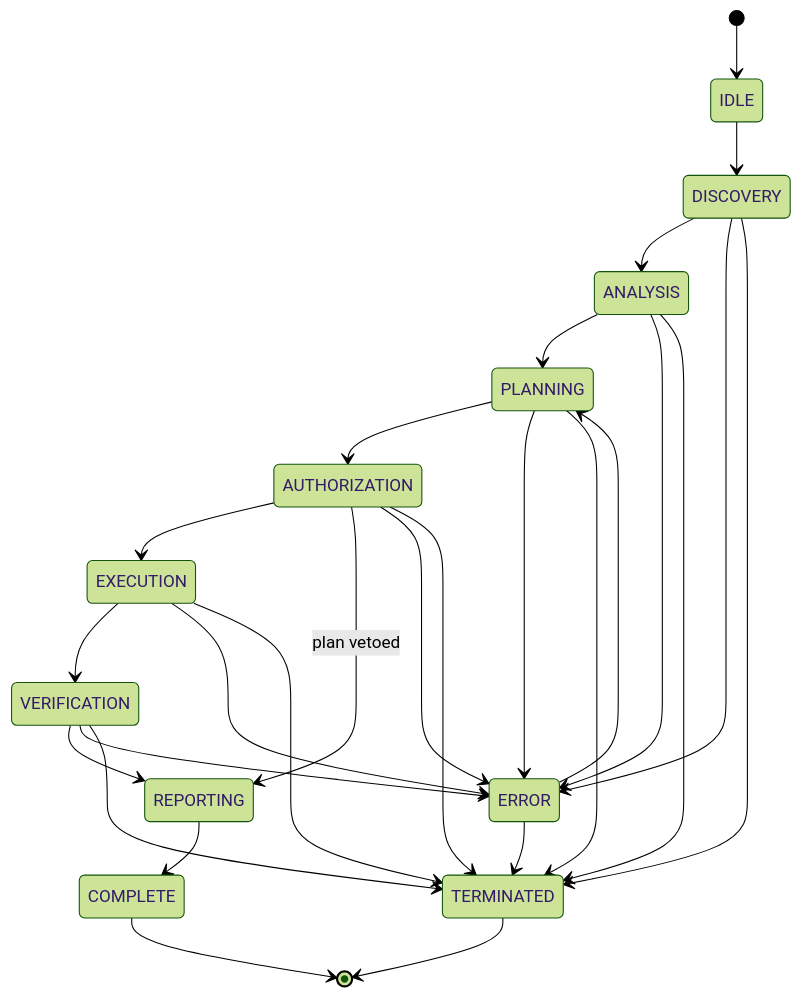
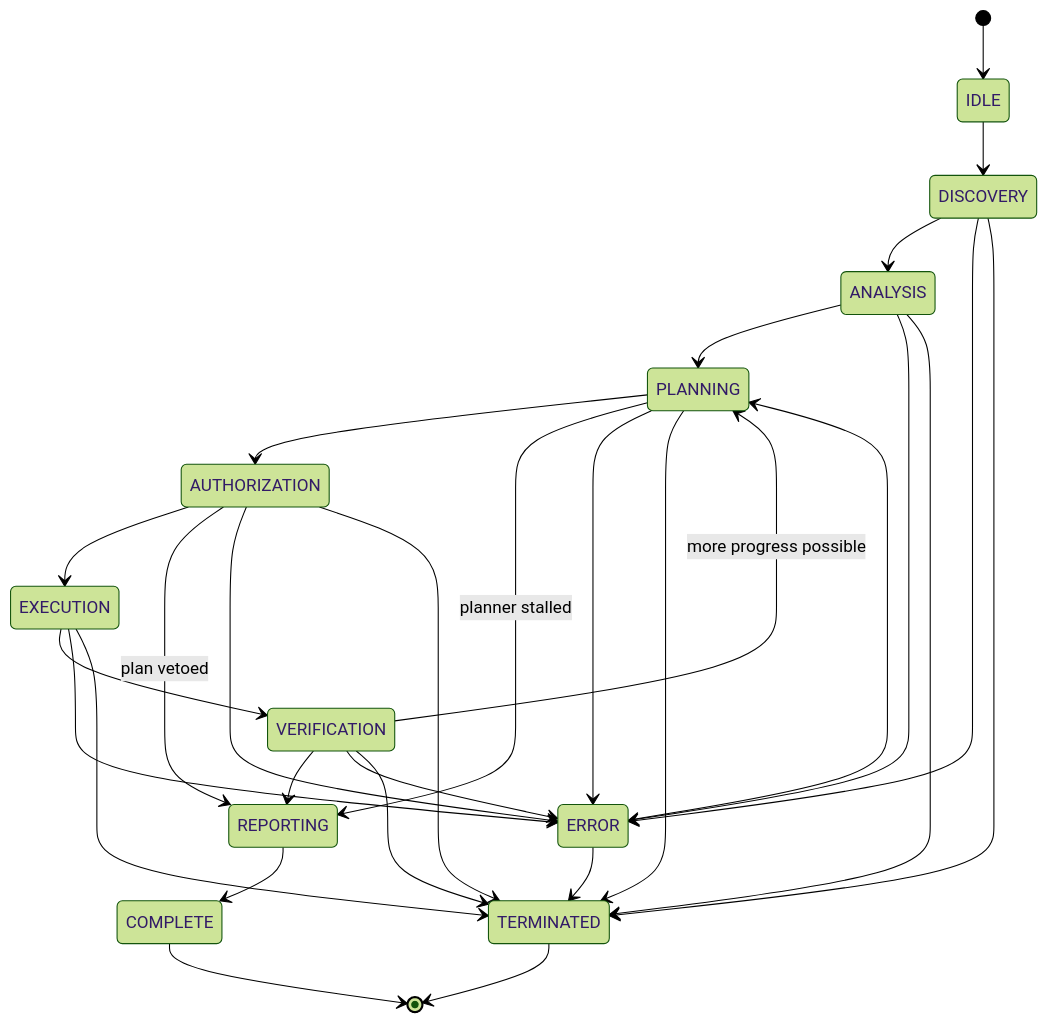
One commit to nyadaryt5/Hacks changed the second of 3 diagrams in docs/architecture.md. Above: the diagram before and after it, drawn with Mermaid (forest theme). The commit also changed other lines of this file and 4 other files, not shown here.

````diff
--- a/docs/architecture.md
+++ b/docs/architecture.md
@@ -43,31 +48,33 @@
 ```mermaid
 stateDiagram-v2
     [*] --> IDLE
     IDLE --> DISCOVERY
     DISCOVERY --> ANALYSIS
     ANALYSIS --> PLANNING
     PLANNING --> AUTHORIZATION
     AUTHORIZATION --> EXECUTION
     AUTHORIZATION --> REPORTING : plan vetoed
+    PLANNING --> REPORTING : planner stalled
     EXECUTION --> VERIFICATION
     VERIFICATION --> REPORTING
+    VERIFICATION --> PLANNING : more progress possible
     REPORTING --> COMPLETE
     COMPLETE --> [*]
 
     DISCOVERY --> ERROR
     ANALYSIS --> ERROR
     PLANNING --> ERROR
     AUTHORIZATION --> ERROR
     EXECUTION --> ERROR
     VERIFICATION --> ERROR
     ERROR --> PLANNING
     ERROR --> TERMINATED
 
     DISCOVERY --> TERMINATED
     ANALYSIS --> TERMINATED
     PLANNING --> TERMINATED
     AUTHORIZATION --> TERMINATED
     EXECUTION --> TERMINATED
     VERIFICATION --> TERMINATED
     TERMINATED --> [*]
 ```
````
